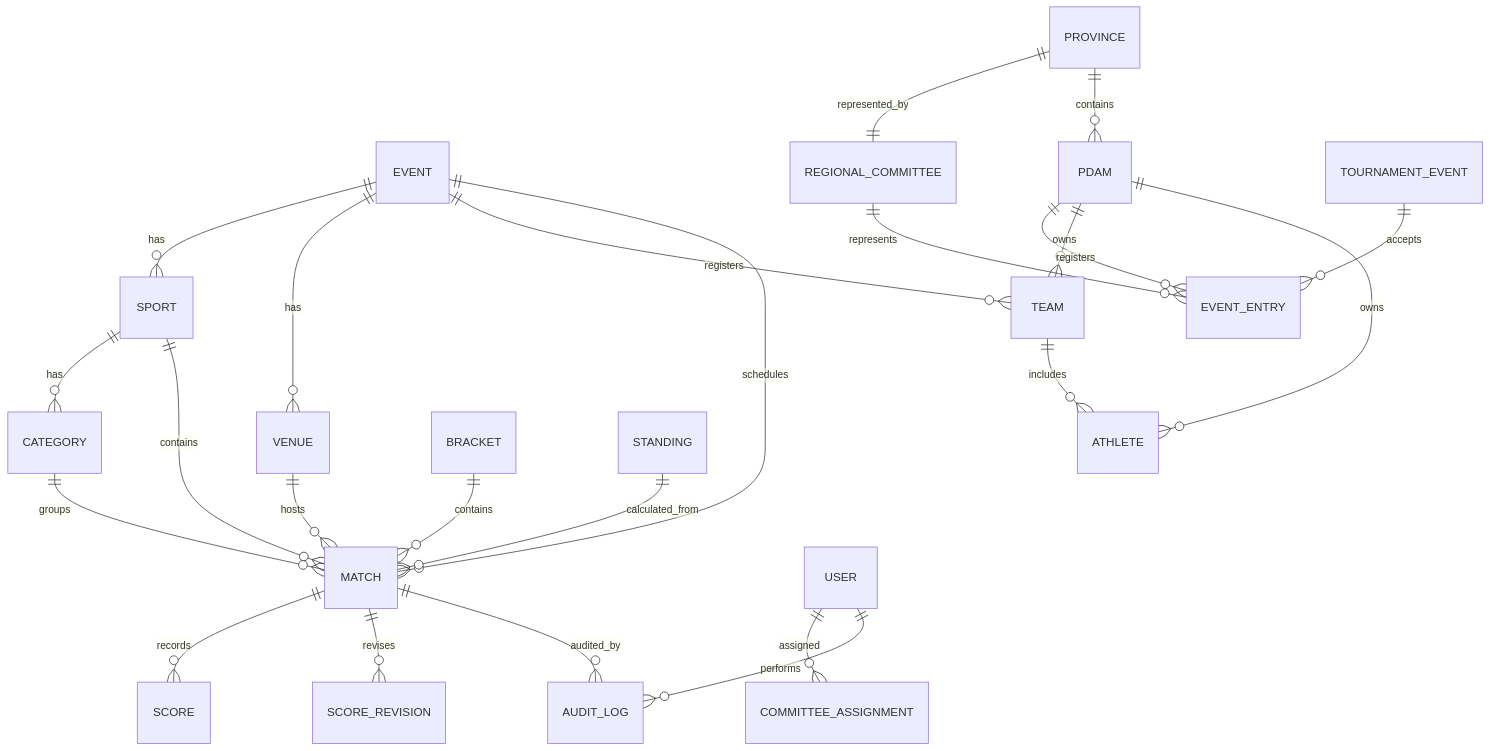
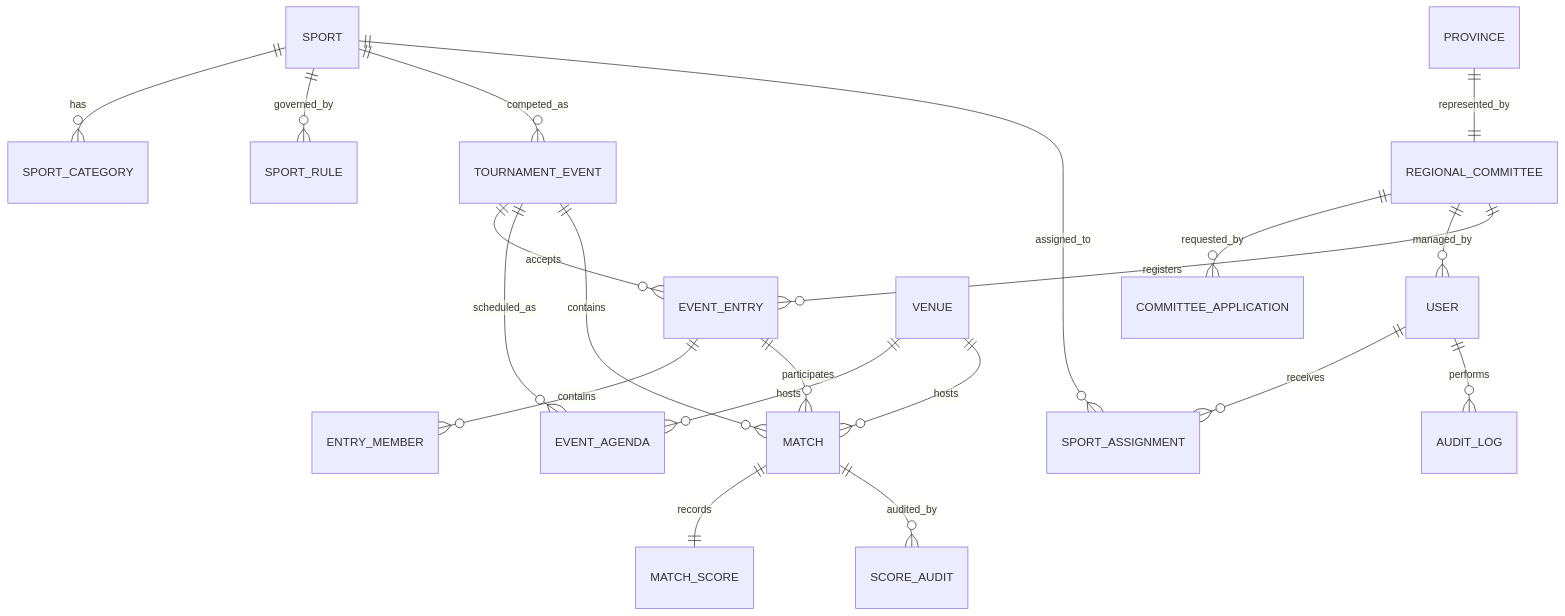
The diagram in docs/02-data/erd.md (henry1224/sport-perpamsi), drawn with Mermaid before and after one commit. The commit also changed other lines of this file and 38 other files, not shown here.

````diff
--- a/docs/02-data/erd.md
+++ b/docs/02-data/erd.md
@@ -5,26 +3,22 @@
 ```mermaid
 erDiagram
-    EVENT ||--o{ SPORT : has
-    EVENT ||--o{ VENUE : has
-    EVENT ||--o{ TEAM : registers
-    EVENT ||--o{ MATCH : schedules
     PROVINCE ||--|| REGIONAL_COMMITTEE : represented_by
-    PROVINCE ||--o{ PDAM : contains
-    REGIONAL_COMMITTEE ||--o{ EVENT_ENTRY : represents
-    PDAM ||--o{ EVENT_ENTRY : registers
+    REGIONAL_COMMITTEE ||--o{ COMMITTEE_APPLICATION : requested_by
+    REGIONAL_COMMITTEE ||--o{ USER : managed_by
+    SPORT ||--o{ SPORT_CATEGORY : has
+    SPORT ||--o{ SPORT_RULE : governed_by
+    SPORT ||--o{ TOURNAMENT_EVENT : competed_as
+    SPORT ||--o{ SPORT_ASSIGNMENT : assigned_to
+    USER ||--o{ SPORT_ASSIGNMENT : receives
     TOURNAMENT_EVENT ||--o{ EVENT_ENTRY : accepts
-    PDAM ||--o{ TEAM : owns
-    PDAM ||--o{ ATHLETE : owns
-    TEAM ||--o{ ATHLETE : includes
-    SPORT ||--o{ CATEGORY : has
-    SPORT ||--o{ MATCH : contains
-    CATEGORY ||--o{ MATCH : groups
+    REGIONAL_COMMITTEE ||--o{ EVENT_ENTRY : registers
+    EVENT_ENTRY ||--o{ ENTRY_MEMBER : contains
+    TOURNAMENT_EVENT ||--o{ EVENT_AGENDA : scheduled_as
+    VENUE ||--o{ EVENT_AGENDA : hosts
+    TOURNAMENT_EVENT ||--o{ MATCH : contains
     VENUE ||--o{ MATCH : hosts
-    MATCH ||--o{ SCORE : records
-    MATCH ||--o{ SCORE_REVISION : revises
-    MATCH ||--o{ AUDIT_LOG : audited_by
-    USER ||--o{ COMMITTEE_ASSIGNMENT : assigned
+    EVENT_ENTRY ||--o{ MATCH : participates
+    MATCH ||--|| MATCH_SCORE : records
+    MATCH ||--o{ SCORE_AUDIT : audited_by
     USER ||--o{ AUDIT_LOG : performs
-    BRACKET ||--o{ MATCH : contains
-    STANDING ||--o{ MATCH : calculated_from
 ```
````
